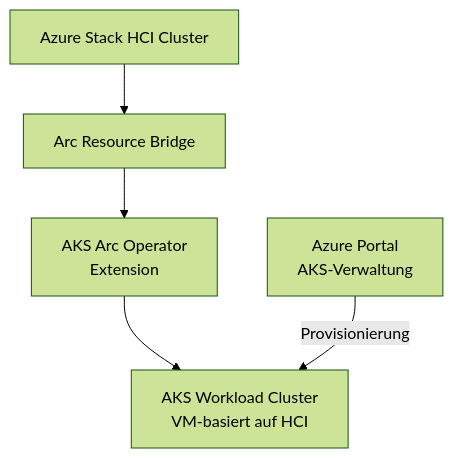
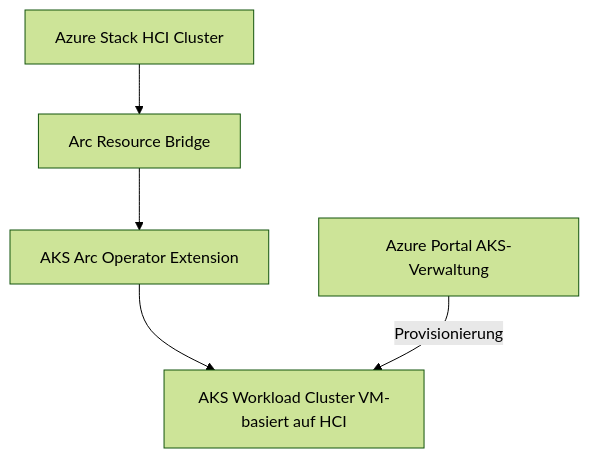
The fourth of 6 diagrams in Microsoft 365/Azure/Arc/Azure Stack HCI.md (SoniiiT/notes-n-docs), drawn with Mermaid (forest theme) before and after one commit. The commit also changed other lines of this file and 124 other files, not shown here.

First line of the commit message:
fix: Entferne \n aus allen Mermaid-Diagrammen (125 Dateien)

````diff
--- a/Microsoft 365/Azure/Arc/Azure Stack HCI.md
+++ b/Microsoft 365/Azure/Arc/Azure Stack HCI.md
@@ -197,13 +197,13 @@
 ```mermaid
 graph TD
     HCI[Azure Stack HCI Cluster]
     ARC_BRIDGE[Arc Resource Bridge]
-    AKS_OP[AKS Arc Operator\nExtension]
-    AKS_CLUSTER[AKS Workload Cluster\nVM-basiert auf HCI]
-    AZURE_PORTAL[Azure Portal\nAKS-Verwaltung]
+    AKS_OP[AKS Arc Operator Extension]
+    AKS_CLUSTER[AKS Workload Cluster VM-basiert auf HCI]
+    AZURE_PORTAL[Azure Portal AKS-Verwaltung]
 
     HCI --> ARC_BRIDGE
     ARC_BRIDGE --> AKS_OP
     AKS_OP --> AKS_CLUSTER
     AZURE_PORTAL -->|Provisionierung| AKS_CLUSTER
 ```
````
